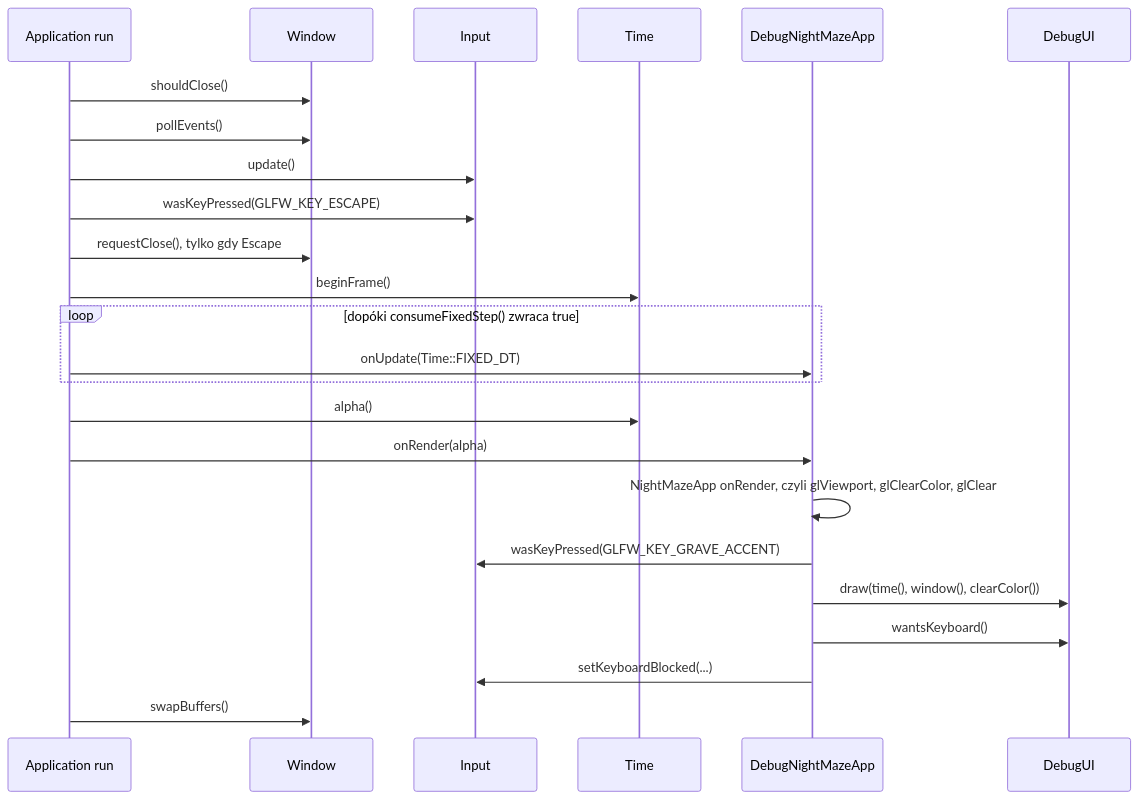
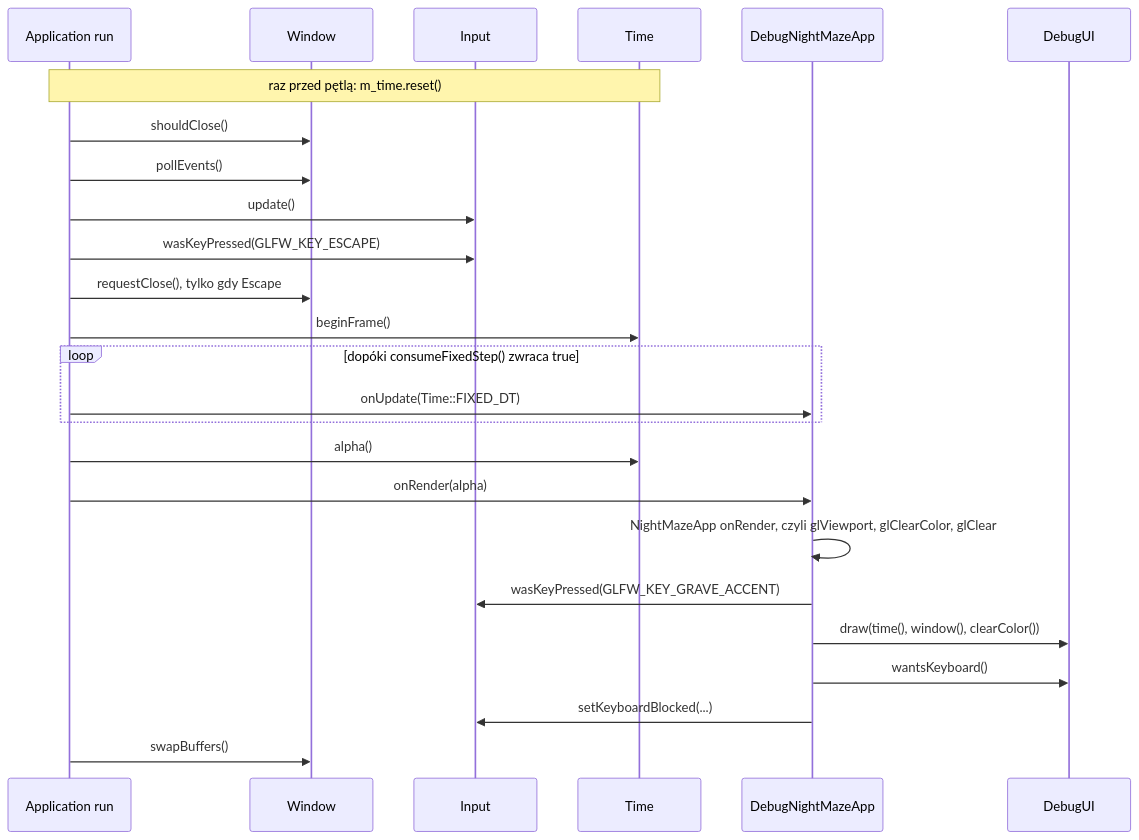
Before and after one commit to Shironex/night-maze: the second of 3 diagrams in docs/modules/core/README.md, drawn with Mermaid. The commit also changed other lines of this file and 5 other files, not shown here.

````diff
--- a/docs/modules/core/README.md
+++ b/docs/modules/core/README.md
@@ -65,26 +65,27 @@
 ```mermaid
 sequenceDiagram
     participant Run as Application run
     participant Win as Window
     participant In as Input
     participant T as Time
     participant App as DebugNightMazeApp
     participant UI as DebugUI
+    Note over Run,T: raz przed pętlą: m_time.reset()
     Run->>Win: shouldClose()
     Run->>Win: pollEvents()
     Run->>In: update()
     Run->>In: wasKeyPressed(GLFW_KEY_ESCAPE)
     Run->>Win: requestClose(), tylko gdy Escape
     Run->>T: beginFrame()
     loop dopóki consumeFixedStep() zwraca true
         Run->>App: onUpdate(Time::FIXED_DT)
     end
     Run->>T: alpha()
     Run->>App: onRender(alpha)
     App->>App: NightMazeApp onRender, czyli glViewport, glClearColor, glClear
     App->>In: wasKeyPressed(GLFW_KEY_GRAVE_ACCENT)
     App->>UI: draw(time(), window(), clearColor())
     App->>UI: wantsKeyboard()
     App->>In: setKeyboardBlocked(...)
     Run->>Win: swapBuffers()
 ```
````
